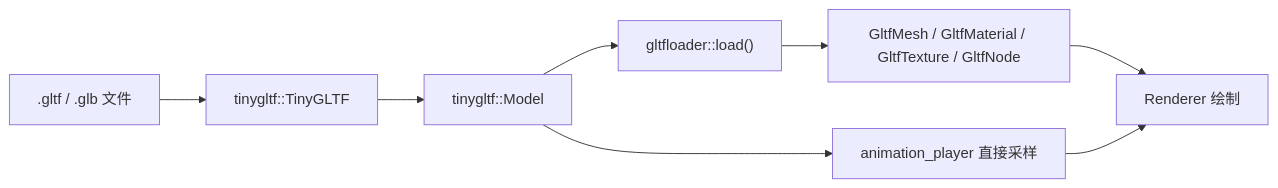
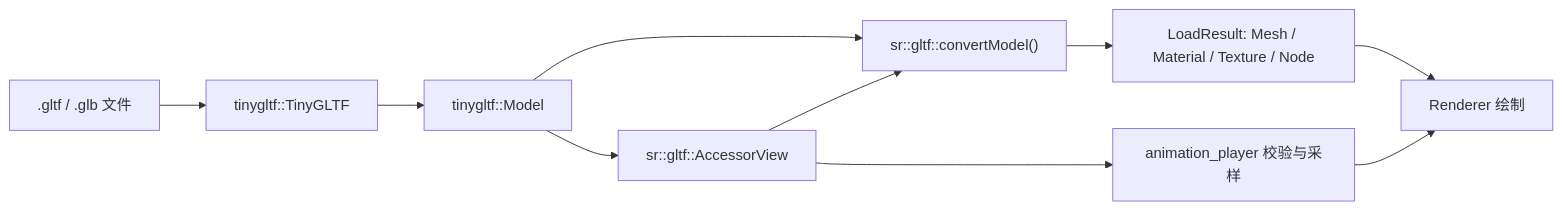
The fourth of 5 diagrams in docs/architecture.md (djsjis1/softrender), drawn with Mermaid before and after one commit. The commit also changed other lines of this file and 104 other files, not shown here.

````diff
--- a/docs/architecture.md
+++ b/docs/architecture.md
@@ -252,10 +261,12 @@
 ```mermaid
 graph LR
     A[".gltf / .glb 文件"] --> B["tinygltf::TinyGLTF"]
     B --> C["tinygltf::Model"]
-    C --> D["gltfloader::load()"]
-    D --> E["GltfMesh / GltfMaterial / GltfTexture / GltfNode"]
-    C --> F["animation_player 直接采样"]
+    C --> D["sr::gltf::convertModel()"]
+    D --> E["LoadResult: Mesh / Material / Texture / Node"]
+    C --> V["sr::gltf::AccessorView"]
+    V --> D
+    V --> F["animation_player 校验与采样"]
     E --> G["Renderer 绘制"]
     F --> G
 ```
````
